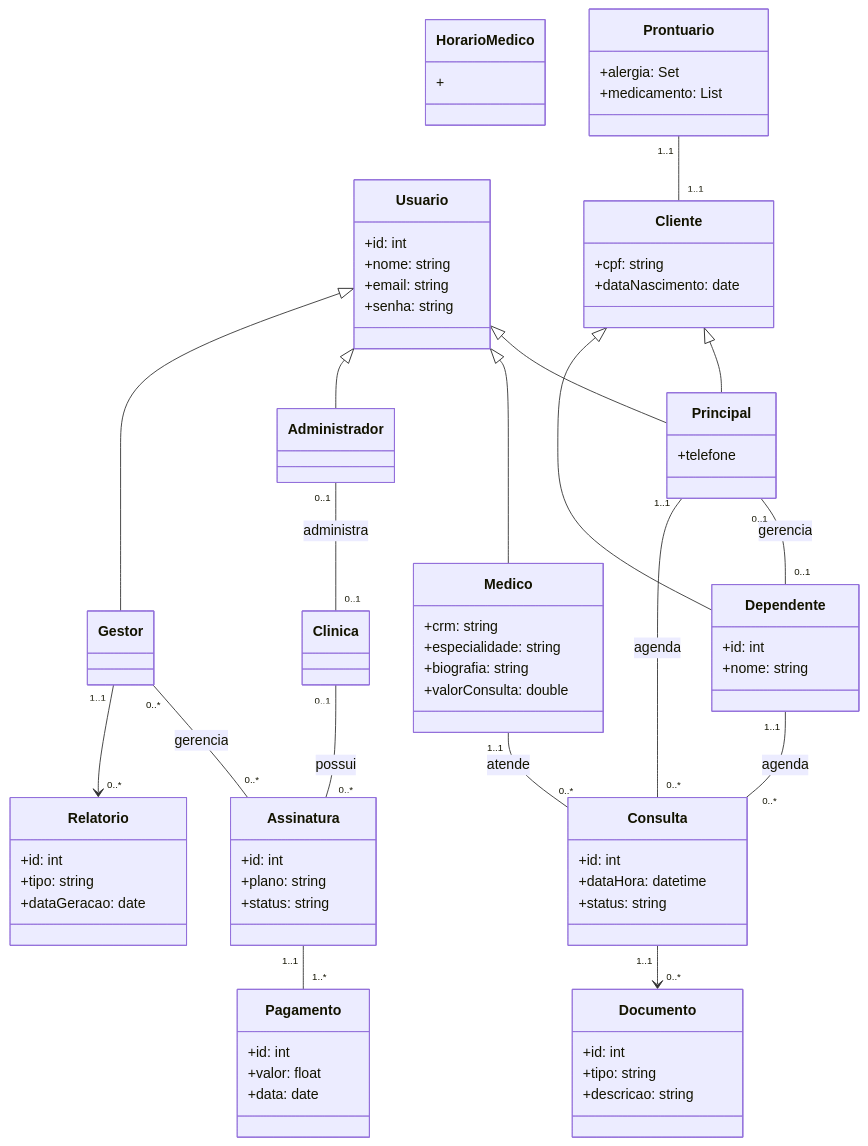
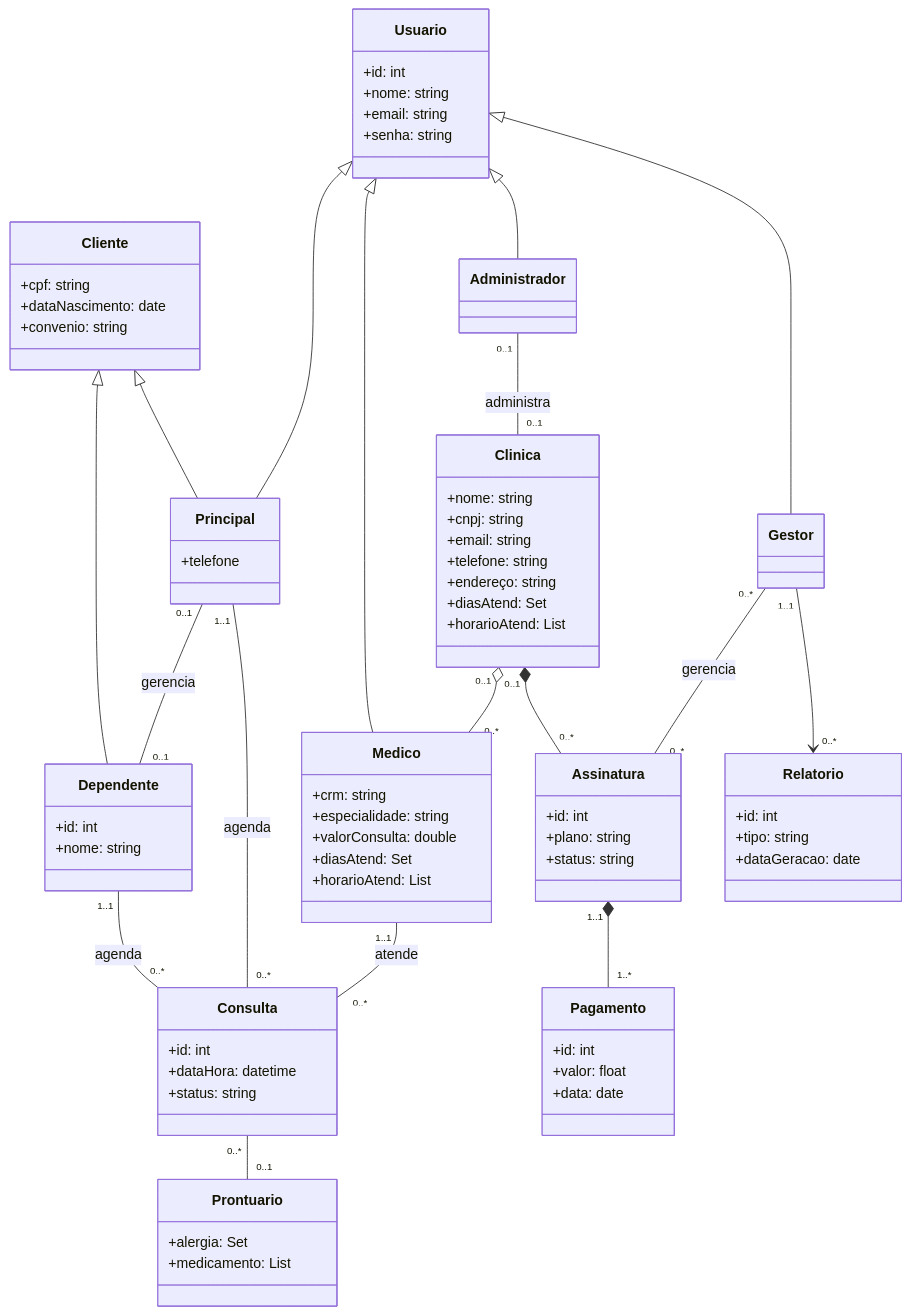
Before and after one commit to InsaneCaio/eng-soft-2026-1: the diagram in docs/diagrama de classe.md, drawn with Mermaid.

Commit message:
Update class diagram with new relationships and classes
Refactor class diagram to improve structure and relationships.

````diff
--- a/docs/diagrama de classe.md
+++ b/docs/diagrama de classe.md
@@ -3,5 +3,20 @@
 ```mermaid
 classDiagram
+
+class Cliente {
+    +cpf: string
+    +dataNascimento: date
+    +convenio: string
+}
+
+class Dependente {
+    +id: int
+    +nome: string
+}
+
+Cliente <|-- Dependente
+Cliente <|-- Principal
+
 
 %% =======================
 %% USUÁRIOS (HERANÇA)
@@ -21,8 +36,9 @@
 class Medico {
     +crm: string
     +especialidade: string
-    +biografia: string
     +valorConsulta: double
+    +diasAtend: Set<string>
+    +horarioAtend: List<string>
 }
 
 class Administrador {
@@ -40,18 +56,7 @@
 %% CLIENTE (HERANÇA)
 %% =======================
 
-class Cliente {
-    +cpf: string
-    +dataNascimento: date
-}
 
-class Dependente {
-    +id: int
-    +nome: string
-}
-
-Cliente <|-- Principal
-Cliente <|-- Dependente
 
 %% =======================
 %% RELAÇÃO PACIENTE - DEPENDENTE
@@ -59,26 +64,21 @@
 
 Principal "0..1" -- "0..1" Dependente : gerencia
 
-
-%% =======================
-%% CLINICA - RELACIONAMENTOS
-%% =======================
-
 class Clinica{
-    
+    +nome: string
+    +cnpj: string
+    +email: string
+    +telefone: string
+    +endereço: string
+    +diasAtend: Set<string>
+    +horarioAtend: List<string>
 }
 
 Administrador "0..1" -- "0..1" Clinica : administra
 Gestor "0..*" -- "0..*" Assinatura : gerencia
-Clinica "0..1" -- "0..*" Assinatura : possui
+Clinica "0..1" o-- "0..*" Medico
+Clinica "0..1" *-- "0..*" Assinatura
 
-%% =======================
-%% DISPONIBILIDADE MÉDICO
-%% =======================
-
-class HorarioMedico{
-    +
-}
 
 %% =======================
 %% AGENDAMENTO
@@ -103,19 +103,9 @@
     +medicamento: List<string>
 }
 
-Prontuario "1..1" -- "1..1" Cliente
+Consulta "0..*" -- "0..1" Prontuario
 
-%% =======================
-%% DOCUMENTOS MÉDICOS
-%% =======================
 
-class Documento {
-    +id: int
-    +tipo: string
-    +descricao: string
-}
-
-Consulta "1..1" --> "0..*" Documento
 
 %% =======================
 %% ASSINATURA / FINANCEIRO
@@ -133,7 +123,7 @@
     +data: date
 }
 
-Assinatura "1..1" -- "1..*" Pagamento
+Assinatura "1..1" *-- "1..*" Pagamento
 
 %% =======================
 %% RELATÓRIOS
````
